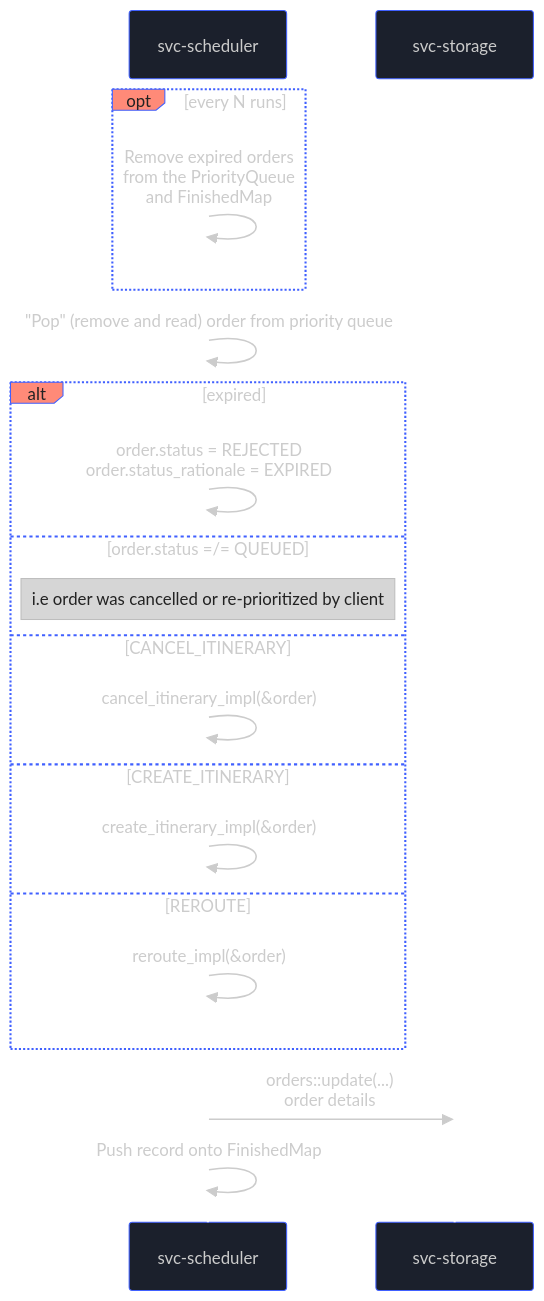
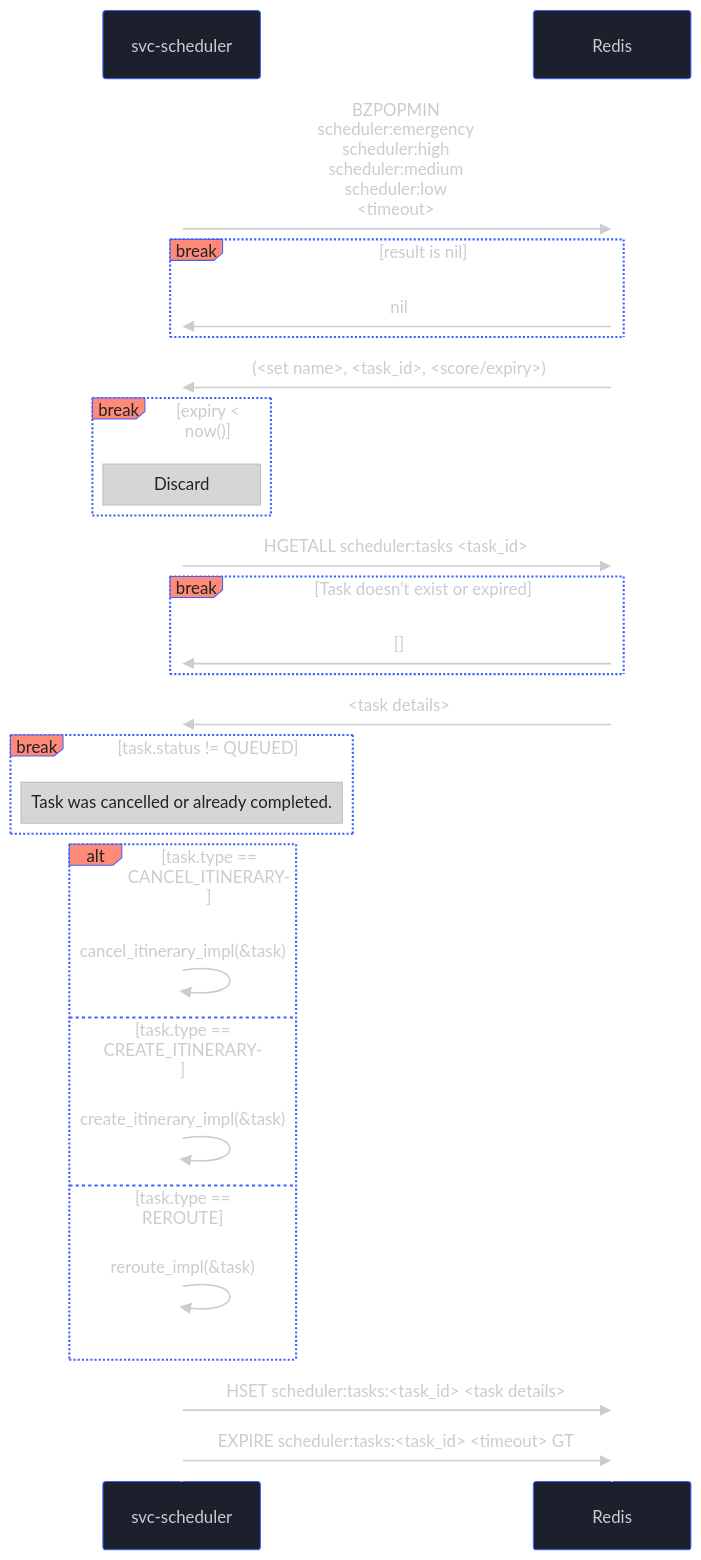
One commit to aetheric-oss/svc-scheduler changed the first of 9 diagrams in docs/sdd.md. Above: the diagram before and after it, drawn with Mermaid. The commit also changed other lines of this file and 2 other files, not shown here.

Commit message:
chore: revise design using redis

````diff
--- a/docs/sdd.md
+++ b/docs/sdd.md
@@ -128,44 +104,54 @@
 ```mermaid
 %%{
   init: {
     'theme': 'base',
     'themeVariables': {
       'primaryColor': '#1B202C',
       'primaryBorderColor': '#4060FF',
       'primaryTextColor': '#CCC',
       'actorLineColor': '#fff',
       'labelBoxBkgColor': '#FF8A78',
       'labelTextColor': '#222',
       'sequenceNumberColor': '#1B202C',
       'noteBkgColor': '#D6D6D6',
       'noteTextColor': '#222',
       'activationBkgColor': '#FF8A78'
     }
   }
 }%%
 sequenceDiagram
     participant scheduler as svc-scheduler
-    participant storage as svc-storage
+    participant redis as Redis
 
-    opt every N runs
-        scheduler->>scheduler: Remove expired orders<br>from the PriorityQueue<br>and FinishedMap
+    scheduler->>redis: BZPOPMIN<br>scheduler:emergency<br>scheduler:high<br>scheduler:medium<br>scheduler:low<br><timeout>
+
+    break result is nil
+      redis->>scheduler: nil
+    end
+    
+    redis->>scheduler: (<set name>, <task_id>, <score/expiry>)
+    break expiry < now()
+      Note over scheduler: Discard
     end
 
-    scheduler->>scheduler: "Pop" (remove and read) order from priority queue
-    
-    alt expired
-        scheduler->>scheduler: order.status = REJECTED<br>order.status_rationale = EXPIRED
-    else order.status =/= QUEUED
-        Note over scheduler: i.e order was cancelled or re-prioritized by client
-    else CANCEL_ITINERARY
-        scheduler->>scheduler: cancel_itinerary_impl(&order)
-    else CREATE_ITINERARY
-        scheduler->>scheduler: create_itinerary_impl(&order)
-    else REROUTE
-        scheduler->>scheduler: reroute_impl(&order)
+    scheduler->>redis: HGETALL scheduler:tasks <task_id>
+    break Task doesn't exist or expired
+      redis->>scheduler: []
     end
 
-    scheduler->>storage: orders::update(...)<br>order details
+    redis->>scheduler: <task details>
+    break task.status != QUEUED
+      Note over scheduler: Task was cancelled or already completed.
+    end
 
-    scheduler->>scheduler: Push record onto FinishedMap
+    alt task.type == CANCEL_ITINERARY
+        scheduler->>scheduler: cancel_itinerary_impl(&task)
+    else task.type == CREATE_ITINERARY
+        scheduler->>scheduler: create_itinerary_impl(&task)
+    else task.type == REROUTE
+        scheduler->>scheduler: reroute_impl(&task)
+    end
+
+    scheduler->>redis: HSET scheduler:tasks:<task_id> <task details>
+    scheduler->>redis: EXPIRE scheduler:tasks:<task_id> <timeout> GT
 ```
````
